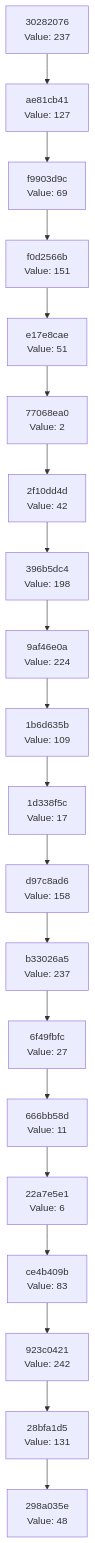
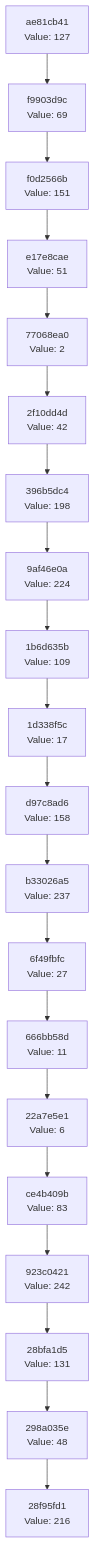
One commit to Abhisheksinha1506/hash-chain-evolver changed the diagram in docs/CHAIN_VISUALIZATION.md. Above: the diagram before and after it, drawn with Mermaid. The commit also changed 2 other files, not shown here.

Commit message:
Evolution Step

````diff
--- a/docs/CHAIN_VISUALIZATION.md
+++ b/docs/CHAIN_VISUALIZATION.md
@@ -3,42 +3,42 @@
 ```mermaid
 graph TD
-    C0["298a035e<br/>Value: 48"]
-    C1["28bfa1d5<br/>Value: 131"]
+    C0["28f95fd1<br/>Value: 216"]
+    C1["298a035e<br/>Value: 48"]
     C1 --> C0
-    C2["923c0421<br/>Value: 242"]
+    C2["28bfa1d5<br/>Value: 131"]
     C2 --> C1
-    C3["ce4b409b<br/>Value: 83"]
+    C3["923c0421<br/>Value: 242"]
     C3 --> C2
-    C4["22a7e5e1<br/>Value: 6"]
+    C4["ce4b409b<br/>Value: 83"]
     C4 --> C3
-    C5["666bb58d<br/>Value: 11"]
+    C5["22a7e5e1<br/>Value: 6"]
     C5 --> C4
-    C6["6f49fbfc<br/>Value: 27"]
+    C6["666bb58d<br/>Value: 11"]
     C6 --> C5
-    C7["b33026a5<br/>Value: 237"]
+    C7["6f49fbfc<br/>Value: 27"]
     C7 --> C6
-    C8["d97c8ad6<br/>Value: 158"]
+    C8["b33026a5<br/>Value: 237"]
     C8 --> C7
-    C9["1d338f5c<br/>Value: 17"]
+    C9["d97c8ad6<br/>Value: 158"]
     C9 --> C8
-    C10["1b6d635b<br/>Value: 109"]
+    C10["1d338f5c<br/>Value: 17"]
     C10 --> C9
-    C11["9af46e0a<br/>Value: 224"]
+    C11["1b6d635b<br/>Value: 109"]
     C11 --> C10
-    C12["396b5dc4<br/>Value: 198"]
+    C12["9af46e0a<br/>Value: 224"]
     C12 --> C11
-    C13["2f10dd4d<br/>Value: 42"]
+    C13["396b5dc4<br/>Value: 198"]
     C13 --> C12
-    C14["77068ea0<br/>Value: 2"]
+    C14["2f10dd4d<br/>Value: 42"]
     C14 --> C13
-    C15["e17e8cae<br/>Value: 51"]
+    C15["77068ea0<br/>Value: 2"]
     C15 --> C14
-    C16["f0d2566b<br/>Value: 151"]
+    C16["e17e8cae<br/>Value: 51"]
     C16 --> C15
-    C17["f9903d9c<br/>Value: 69"]
+    C17["f0d2566b<br/>Value: 151"]
     C17 --> C16
-    C18["ae81cb41<br/>Value: 127"]
+    C18["f9903d9c<br/>Value: 69"]
     C18 --> C17
-    C19["30282076<br/>Value: 237"]
+    C19["ae81cb41<br/>Value: 127"]
     C19 --> C18
 ```
````
